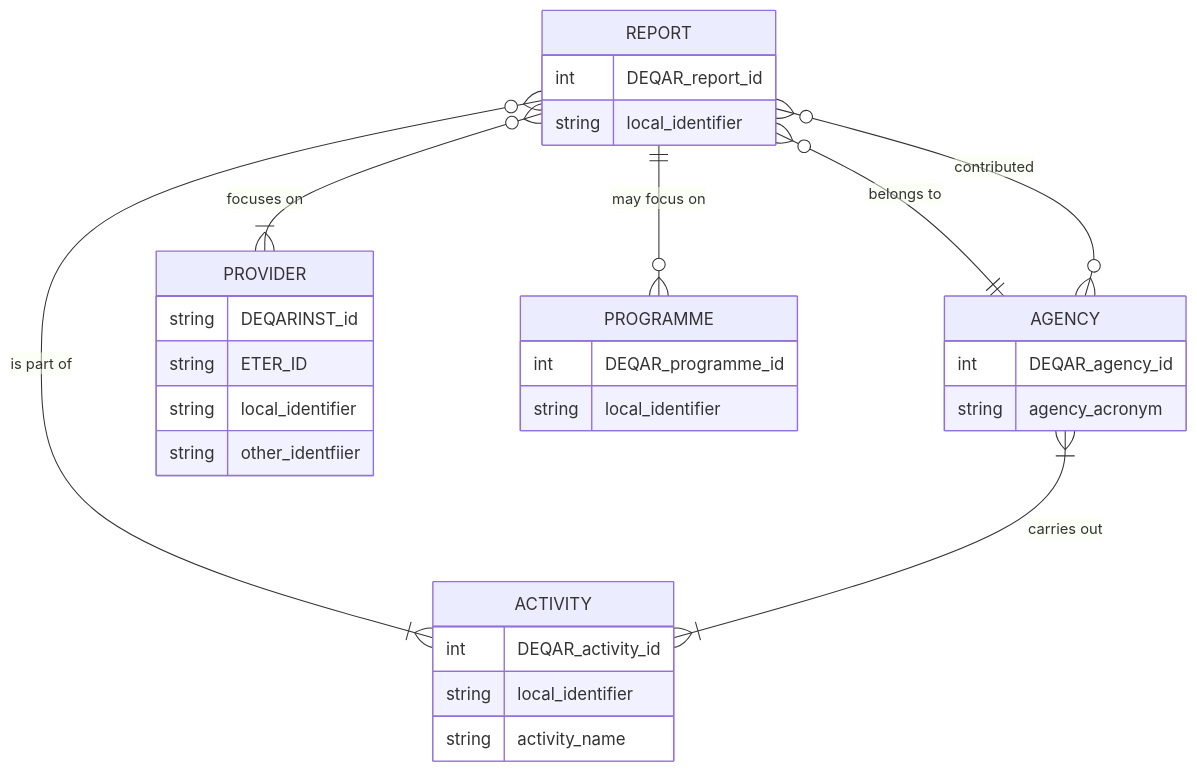
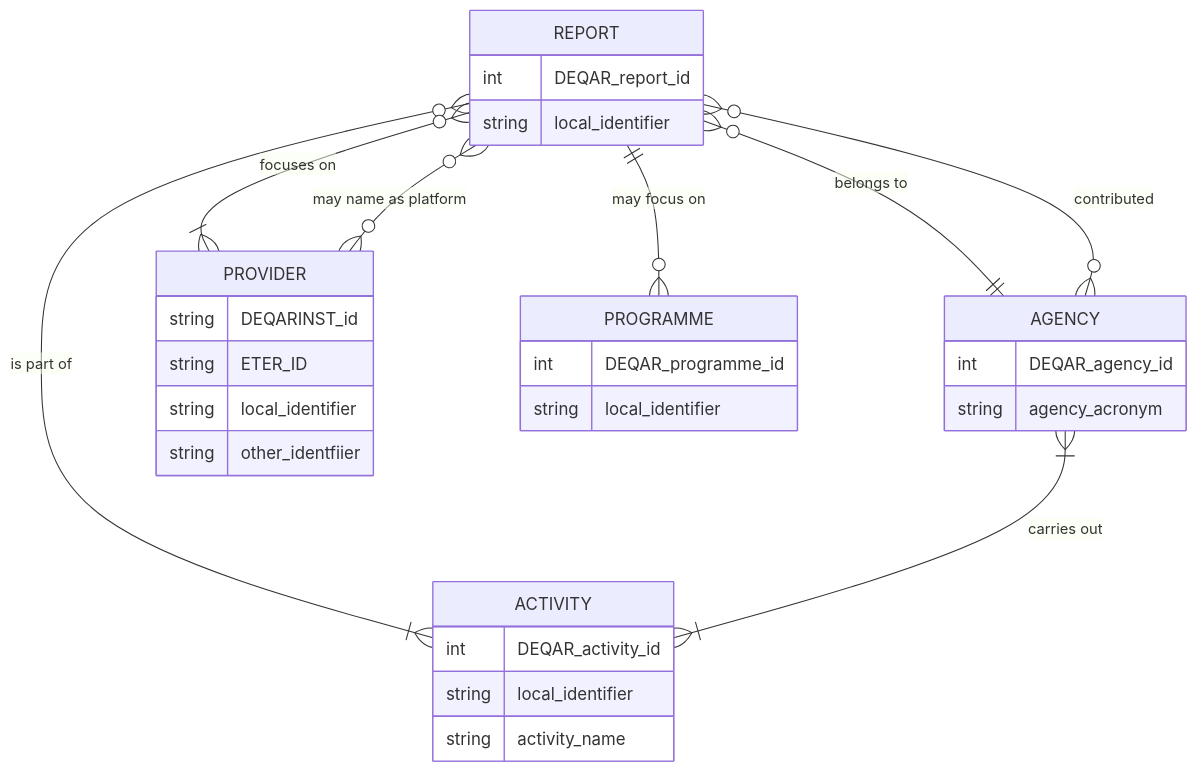
Before and after one commit to EQAR/deqar-docs: the third of 3 diagrams in docs/architecture_data_model.md, drawn with Mermaid. The commit also changed other lines of this file and 3 other files, not shown here.

````diff
--- a/docs/architecture_data_model.md
+++ b/docs/architecture_data_model.md
@@ -63,32 +64,33 @@
 ```mermaid
 erDiagram
     REPORT {
         int DEQAR_report_id
         string local_identifier
     }
     AGENCY {
         int DEQAR_agency_id
         string agency_acronym
     }
     ACTIVITY {
         int DEQAR_activity_id
         string local_identifier
         string activity_name
     }
     PROVIDER {
         string DEQARINST_id
         string ETER_ID
         string local_identifier
         string other_identfiier
     }
     PROGRAMME {
         int DEQAR_programme_id
         string local_identifier
     }
     REPORT }o--|| AGENCY : "belongs to"
     REPORT }o--o{ AGENCY : "contributed"
     REPORT }o--|{ ACTIVITY : "is part of"
     REPORT }o--|{ PROVIDER : "focuses on"
+    REPORT }o--o{ PROVIDER : "may name as platform"
     REPORT ||--o{ PROGRAMME : "may focus on"
     AGENCY }|--|{ ACTIVITY : "carries out"
 ```
````
